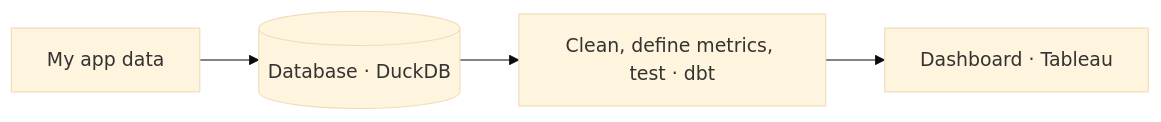
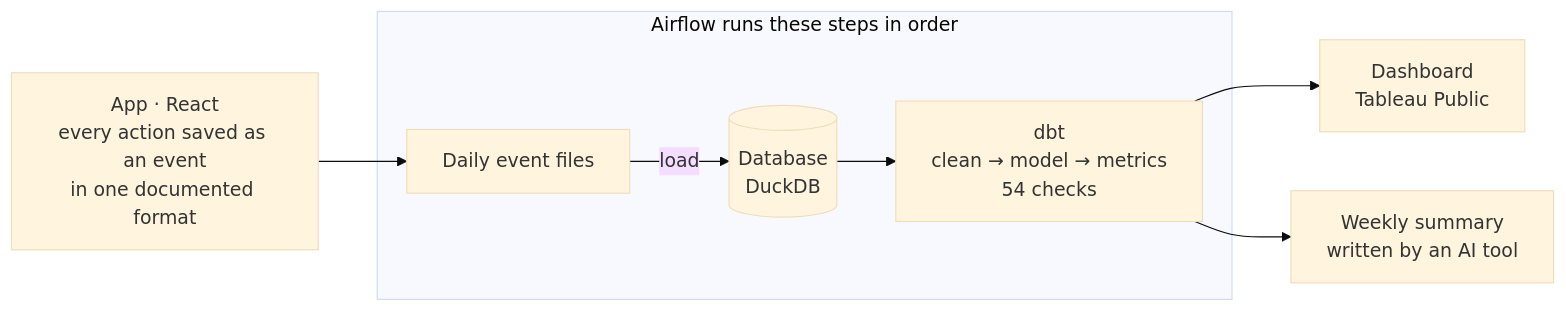
One commit to MedhaDev/priority-matrix changed the diagram in README.md. Above: the diagram before and after it, drawn with Mermaid (base theme). The commit also changed other lines of this file, not shown here.

Commit message:
Show all four screenshots; clearer pipeline diagram

````diff
--- a/README.md
+++ b/README.md
@@ -30,4 +33,9 @@
 ```mermaid
 flowchart LR
-  A[My app data] --> B[(Database · DuckDB)] --> C[Clean, define metrics, test · dbt] --> D[Dashboard · Tableau]
+  A[App · React<br/>every action saved as an event<br/>in one documented format] --> F[Daily event files]
+  subgraph AF [Airflow runs these steps in order]
+    F -->|load| R[(Database<br/>DuckDB)] --> D[dbt<br/>clean → model → metrics<br/>54 checks]
+  end
+  D --> X[Dashboard<br/>Tableau Public]
+  D --> W[Weekly summary<br/>written by an AI tool]
 ```
````
